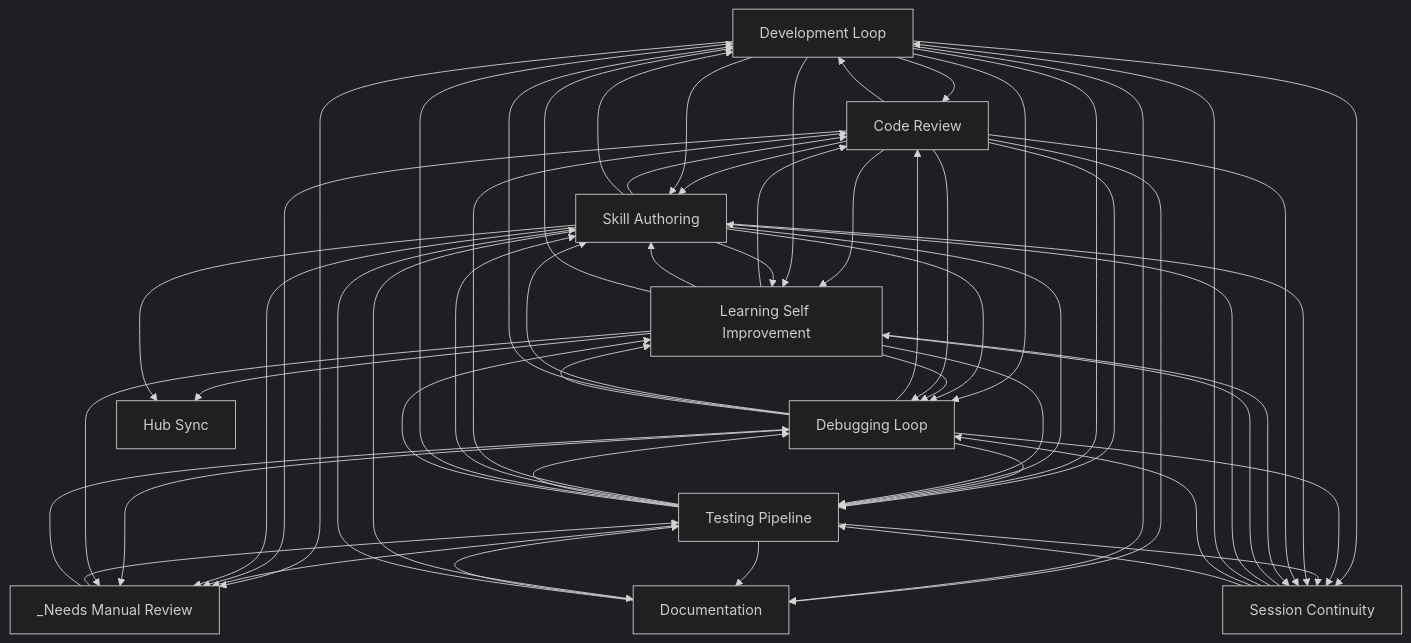
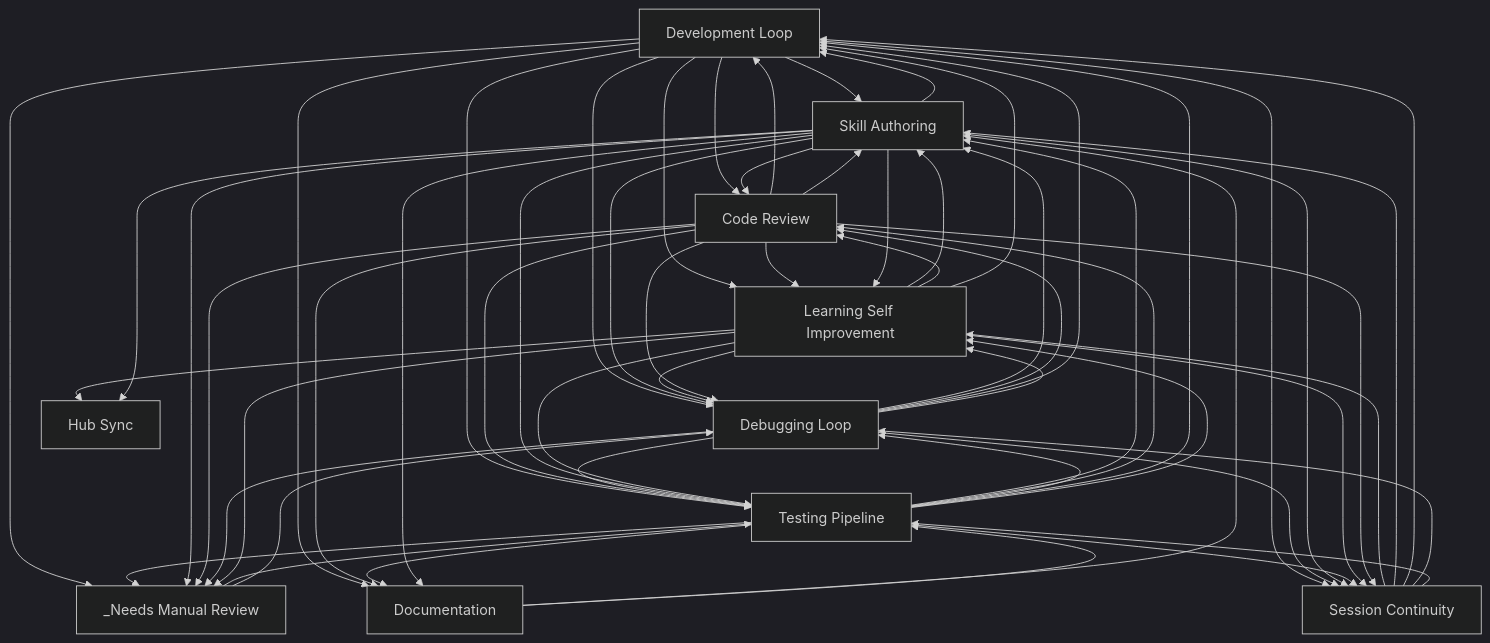
One commit to abhayla/claude-best-practices changed the diagram in docs/workflows/INDEX.md. Above: the diagram before and after it, drawn with Mermaid (dark theme). The commit also changed other lines of this file and 13 other files, not shown here.

````diff
--- a/docs/workflows/INDEX.md
+++ b/docs/workflows/INDEX.md
@@ -22,70 +22,70 @@
 ```mermaid
 graph TD
     development_loop[Development Loop]
     testing_pipeline[Testing Pipeline]
     debugging_loop[Debugging Loop]
     learning_self_improvement[Learning Self Improvement]
     session_continuity[Session Continuity]
     skill_authoring[Skill Authoring]
     code_review[Code Review]
     documentation[Documentation]
     hub_sync[Hub Sync]
     _needs_manual_review[_Needs Manual Review]
+    documentation --> skill_authoring
     documentation --> testing_pipeline
-    documentation --> skill_authoring
+    development_loop --> skill_authoring
+    development_loop --> code_review
     code_review --> development_loop
     code_review --> skill_authoring
-    development_loop --> code_review
-    development_loop --> skill_authoring
+    development_loop --> learning_self_improvement
+    development_loop --> testing_pipeline
     code_review --> learning_self_improvement
     code_review --> testing_pipeline
-    development_loop --> learning_self_improvement
-    development_loop --> testing_pipeline
+    testing_pipeline --> skill_authoring
     testing_pipeline --> code_review
-    testing_pipeline --> skill_authoring
     testing_pipeline --> debugging_loop
     testing_pipeline --> development_loop
+    debugging_loop --> skill_authoring
     debugging_loop --> code_review
-    debugging_loop --> skill_authoring
     debugging_loop --> development_loop
     debugging_loop --> testing_pipeline
     development_loop --> debugging_loop
+    skill_authoring --> development_loop
     skill_authoring --> code_review
-    skill_authoring --> development_loop
     skill_authoring --> learning_self_improvement
     skill_authoring --> testing_pipeline
     development_loop --> _needs_manual_review
     testing_pipeline --> _needs_manual_review
+    development_loop --> documentation
     code_review --> documentation
-    development_loop --> documentation
     testing_pipeline --> documentation
     session_continuity --> learning_self_improvement
     development_loop --> session_continuity
     _needs_manual_review --> testing_pipeline
     debugging_loop --> session_continuity
+    skill_authoring --> session_continuity
     testing_pipeline --> session_continuity
-    skill_authoring --> session_continuity
     skill_authoring --> debugging_loop
     _needs_manual_review --> debugging_loop
     debugging_loop --> learning_self_improvement
     testing_pipeline --> learning_self_improvement
+    learning_self_improvement --> skill_authoring
     learning_self_improvement --> code_review
-    learning_self_improvement --> skill_authoring
     learning_self_improvement --> debugging_loop
     learning_self_improvement --> development_loop
     learning_self_improvement --> testing_pipeline
     code_review --> debugging_loop
+    skill_authoring --> _needs_manual_review
     code_review --> _needs_manual_review
-    skill_authoring --> _needs_manual_review
     debugging_loop --> _needs_manual_review
+    learning_self_improvement --> session_continuity
     code_review --> session_continuity
-    learning_self_improvement --> session_continuity
     session_continuity --> skill_authoring
     session_continuity --> development_loop
     session_continuity --> debugging_loop
     session_continuity --> testing_pipeline
     learning_self_improvement --> hub_sync
     skill_authoring --> hub_sync
     learning_self_improvement --> _needs_manual_review
     skill_authoring --> documentation
 ```
````
